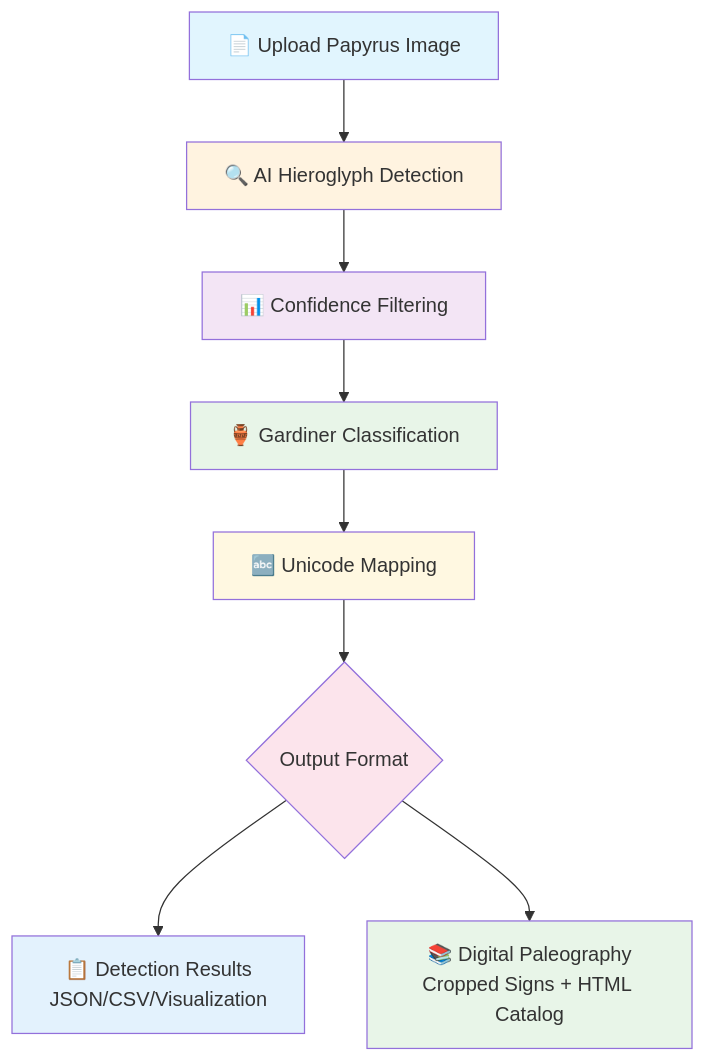
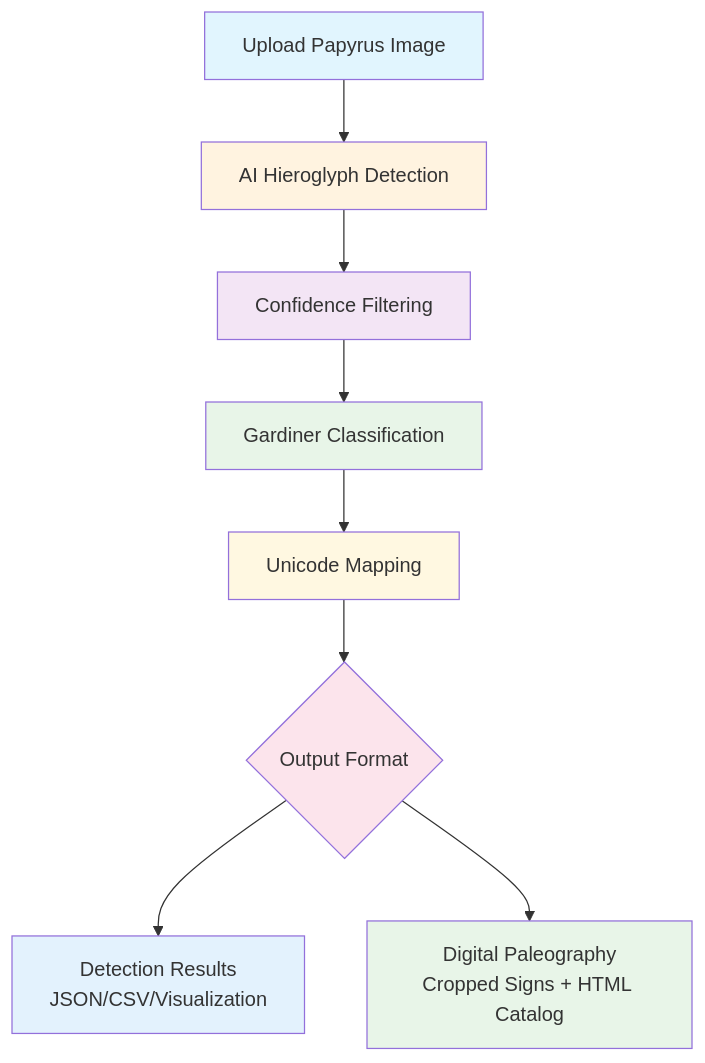
The diagram in README.md (MargotBelot/PapyrusVision), drawn with Mermaid before and after one commit. The commit also changed other lines of this file and 5 other files, not shown here.

````diff
--- a/README.md
+++ b/README.md
@@ -17,19 +17,19 @@
 ```mermaid
 graph TD
-    A[📄 Upload Papyrus Image] --> B[🔍 AI Hieroglyph Detection]
-    B --> C[📊 Confidence Filtering]
-    C --> D[🏺 Gardiner Classification]
-    D --> E[🔤 Unicode Mapping]
+    A[Upload Papyrus Image] --> B[AI Hieroglyph Detection]
+    B --> C[Confidence Filtering]
+    C --> D[Gardiner Classification]
+    D --> E[Unicode Mapping]
     E --> F{Output Format}
-    F --> G[📋 Detection Results<br/>JSON/CSV/Visualization]
-    F --> H[📚 Digital Paleography<br/>Cropped Signs + HTML Catalog]
+    F --> G[Detection Results<br/>JSON/CSV/Visualization]
+    F --> H[Digital Paleography<br/>Cropped Signs + HTML Catalog]
     
     style A fill:#e1f5fe
     style B fill:#fff3e0
     style C fill:#f3e5f5
     style D fill:#e8f5e8
     style E fill:#fff8e1
     style F fill:#fce4ec
     style G fill:#e3f2fd
     style H fill:#e8f5e8
 ```
````
